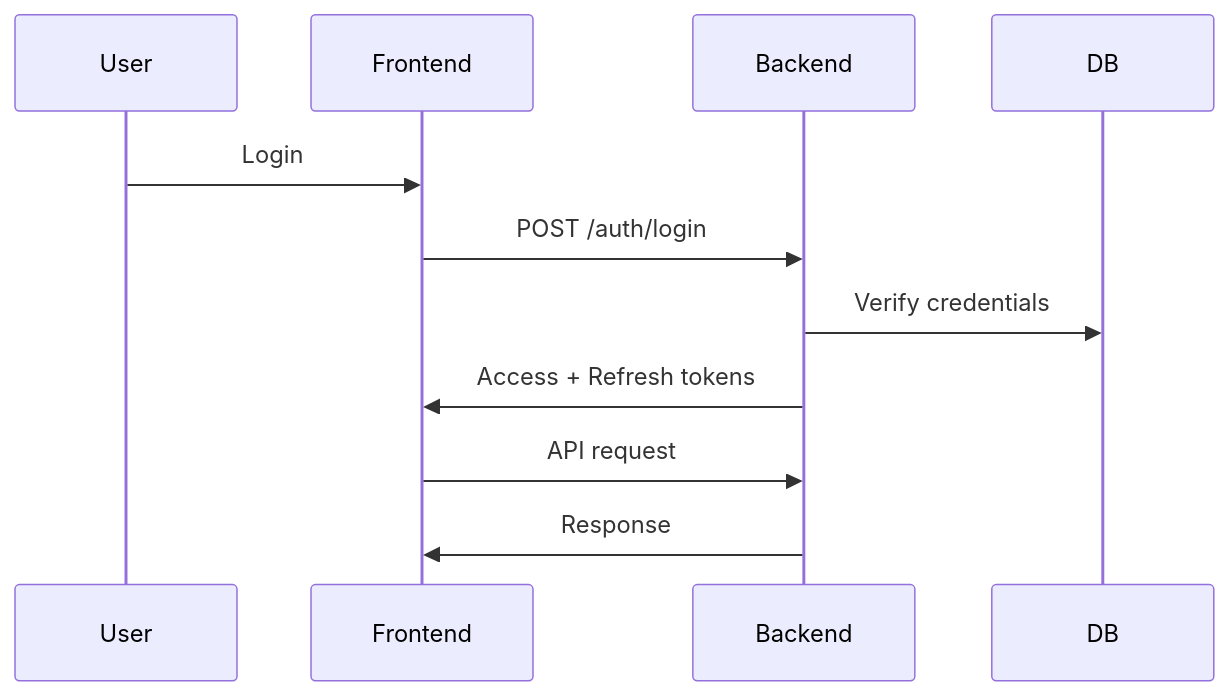
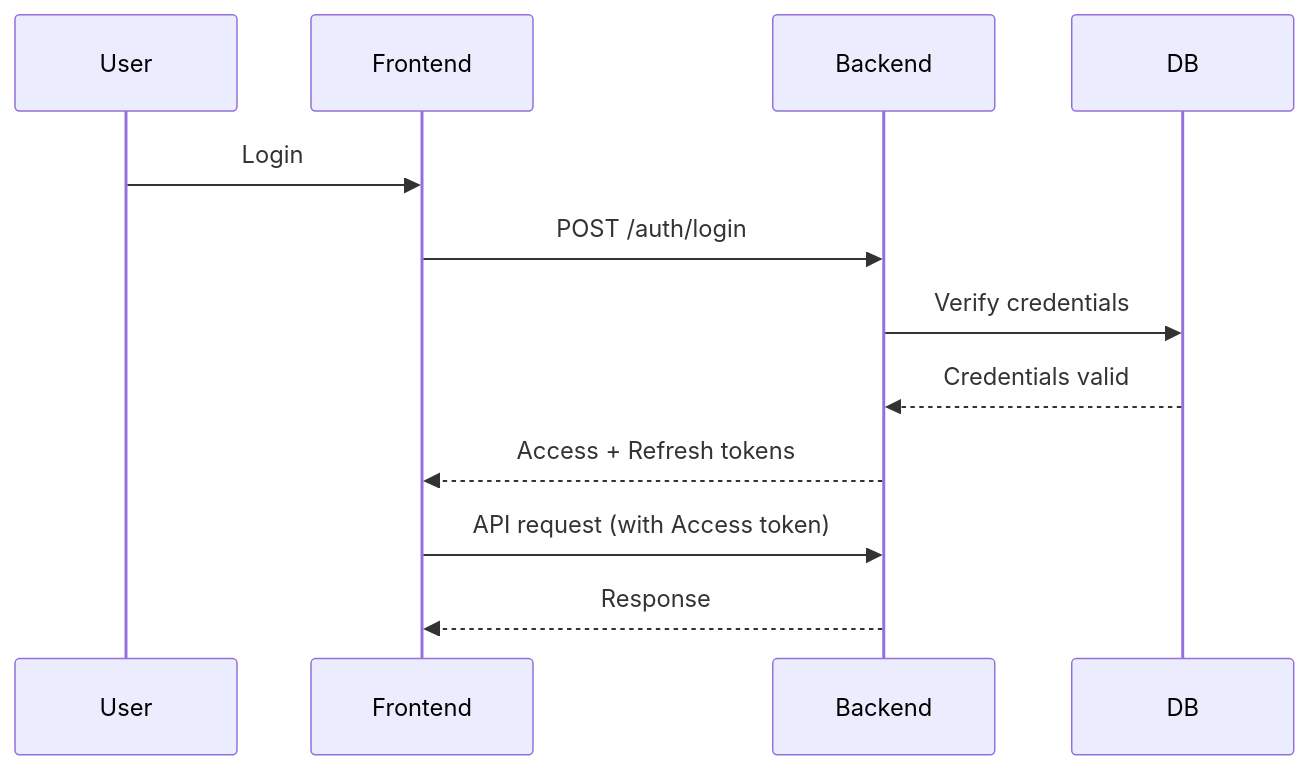
The first of 2 diagrams in docs/topics/security/jwt-authentication-pattern.md (alak8ba/engineering-notes), drawn with Mermaid before and after one commit. The commit also changed other lines of this file and 16 other files, not shown here.

Commit message:
maj mermaid diags

````diff
--- a/docs/topics/security/jwt-authentication-pattern.md
+++ b/docs/topics/security/jwt-authentication-pattern.md
@@ -5,14 +5,15 @@
 ```mermaid
 sequenceDiagram
 participant User
 participant Frontend
 participant Backend
 participant DB
 
 User->>Frontend: Login
 Frontend->>Backend: POST /auth/login
 Backend->>DB: Verify credentials
-Backend->>Frontend: Access + Refresh tokens
-Frontend->>Backend: API request
-Backend->>Frontend: Response
+DB-->>Backend: Credentials valid
+Backend-->>Frontend: Access + Refresh tokens
+Frontend->>Backend: API request (with Access token)
+Backend-->>Frontend: Response
 ```
````
